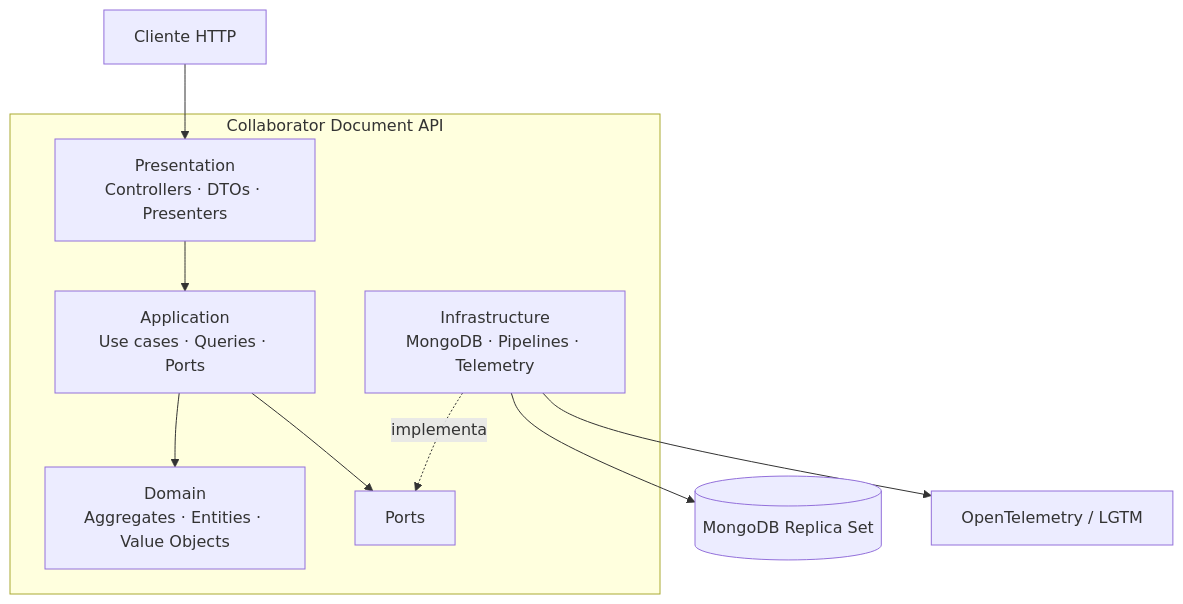
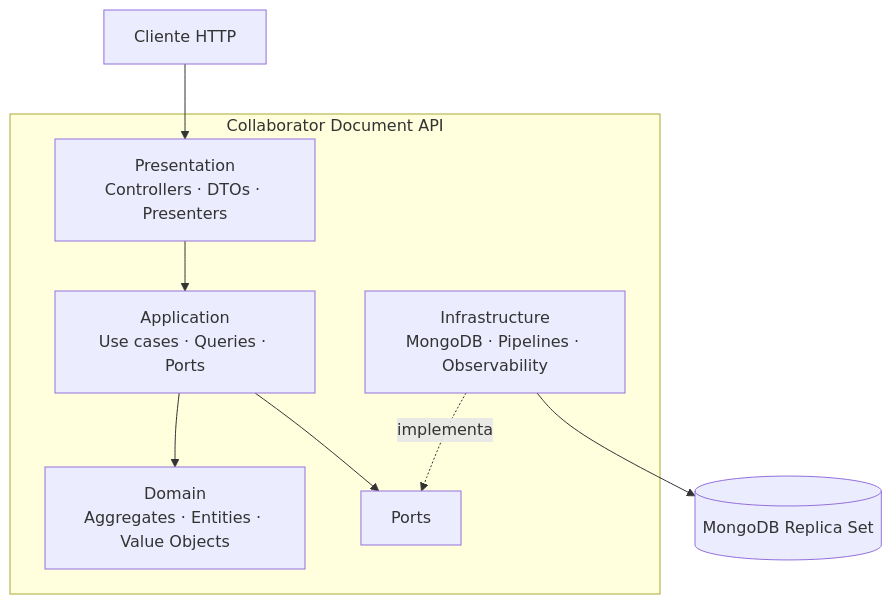
The second of 3 diagrams in README.md (this-rafael/collaborator-api), drawn with Mermaid before and after one commit. The commit also changed other lines of this file and 27 other files, not shown here.

Commit message:
docs: add documentation portal with OpenAPI TypeDoc and architecture explorer

````diff
--- a/README.md
+++ b/README.md
@@ -110,19 +162,18 @@
 ```mermaid
 flowchart TB
     Client[Cliente HTTP] --> Presentation
 
     subgraph API[Collaborator Document API]
         Presentation[Presentation<br/>Controllers · DTOs · Presenters]
         Application[Application<br/>Use cases · Queries · Ports]
         Domain[Domain<br/>Aggregates · Entities · Value Objects]
-        Infrastructure[Infrastructure<br/>MongoDB · Pipelines · Telemetry]
+        Infrastructure[Infrastructure<br/>MongoDB · Pipelines · Observability]
 
         Presentation --> Application
         Application --> Domain
         Application --> Ports[Ports]
         Infrastructure -. implementa .-> Ports
     end
 
     Infrastructure --> Mongo[(MongoDB Replica Set)]
-    Infrastructure --> LGTM[OpenTelemetry / LGTM]
 ```
````
